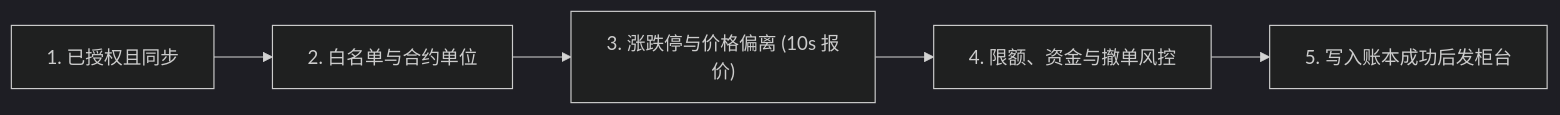
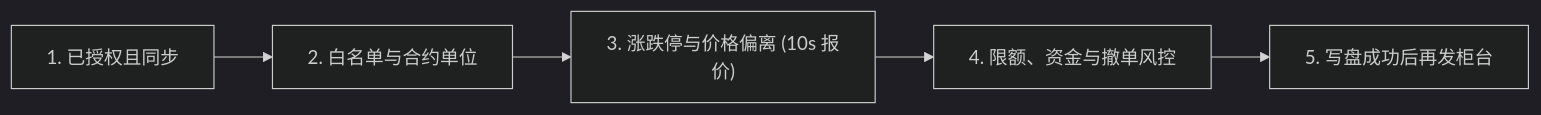
Before and after one commit to isqiwen/asterion-terminal: the second of 2 diagrams in docs/trading/README.md, drawn with Mermaid (dark theme). The commit also changed other lines of this file and 26 other files, not shown here.

````diff
--- a/docs/trading/README.md
+++ b/docs/trading/README.md
@@ -101,7 +100,7 @@
 ```mermaid
 flowchart LR
   S1["1. 已授权且同步"] --> S2["2. 白名单与合约单位"]
   S2 --> S3["3. 涨跌停与价格偏离 (10s 报价)"]
   S3 --> S4["4. 限额、资金与撤单风控"]
-  S4 --> S5["5. 写入账本成功后发柜台"]
+  S4 --> S5["5. 写盘成功后再发柜台"]
 ```
````
